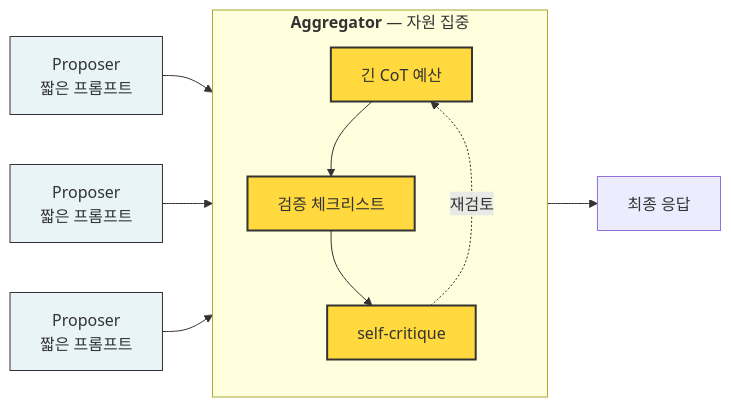
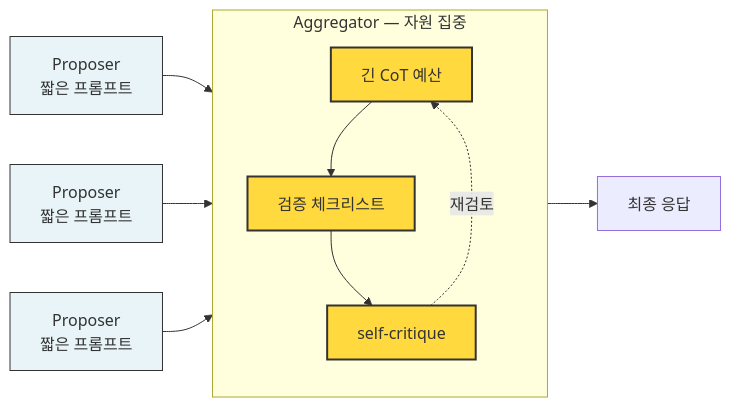
Before and after one commit to pheeree/pheeree.github.io: the fifth of 5 diagrams in _posts/2026-04-23-orchestrator-convergence.md, drawn with Mermaid. The commit also changed other lines of this file and 10 other files, not shown here.

````diff
--- a/_posts/2026-04-23-orchestrator-convergence.md
+++ b/_posts/2026-04-23-orchestrator-convergence.md
@@ -80,20 +93,20 @@
 ```mermaid
 flowchart LR
-  P1[Proposer<br/>짧은 프롬프트] --> Agg
-  P2[Proposer<br/>짧은 프롬프트] --> Agg
-  P3[Proposer<br/>짧은 프롬프트] --> Agg
+  P1["Proposer<br/>짧은 프롬프트"] --> Agg
+  P2["Proposer<br/>짧은 프롬프트"] --> Agg
+  P3["Proposer<br/>짧은 프롬프트"] --> Agg
 
-  subgraph Agg["<b>Aggregator</b> — 자원 집중"]
+  subgraph Agg["Aggregator — 자원 집중"]
     direction TB
-    A1[긴 CoT 예산] --> A2[검증 체크리스트]
-    A2 --> A3[self-critique]
-    A3 -.재검토.-> A1
+    A1["긴 CoT 예산"] --> A2["검증 체크리스트"]
+    A2 --> A3["self-critique"]
+    A3 -. "재검토" .-> A1
   end
 
-  Agg --> Out[최종 응답]
+  Agg --> Out["최종 응답"]
 
   classDef light fill:#e8f4f8,stroke:#333
   classDef heavy fill:#ffd93d,stroke:#333,stroke-width:2px
   class P1,P2,P3 light
   class A1,A2,A3 heavy
 ```
````
